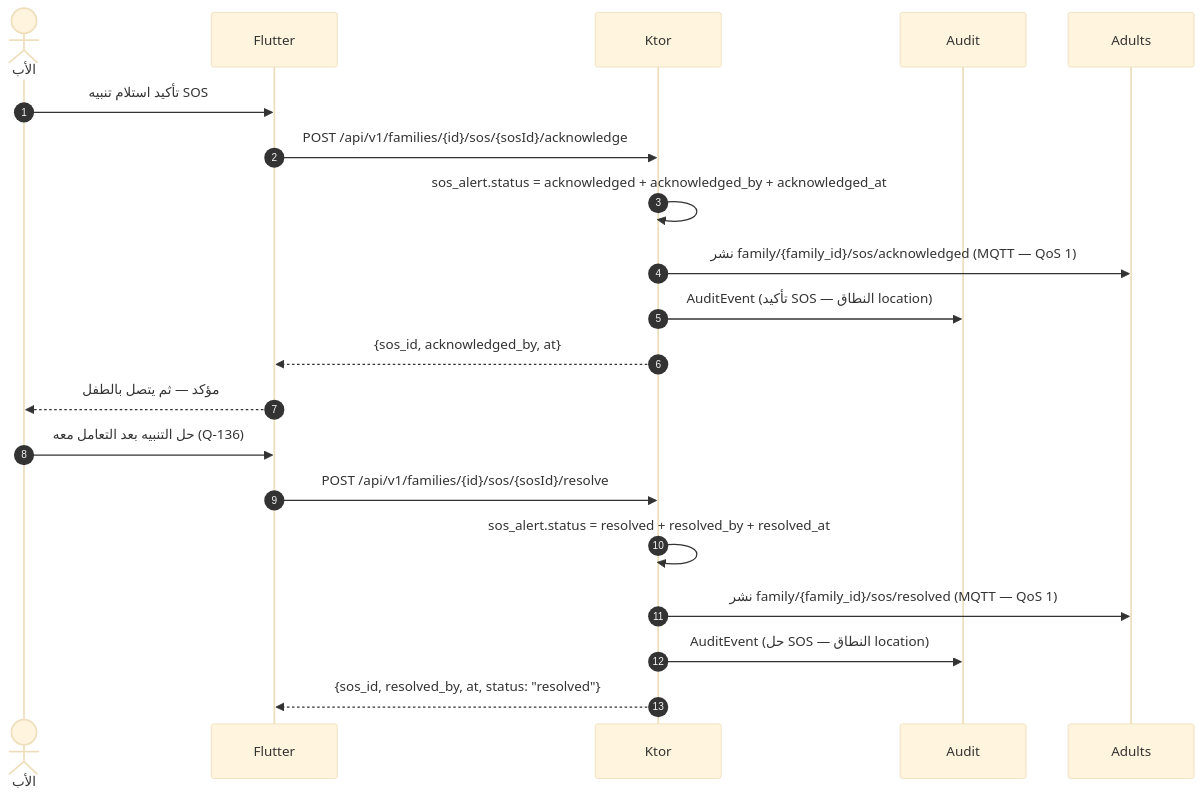
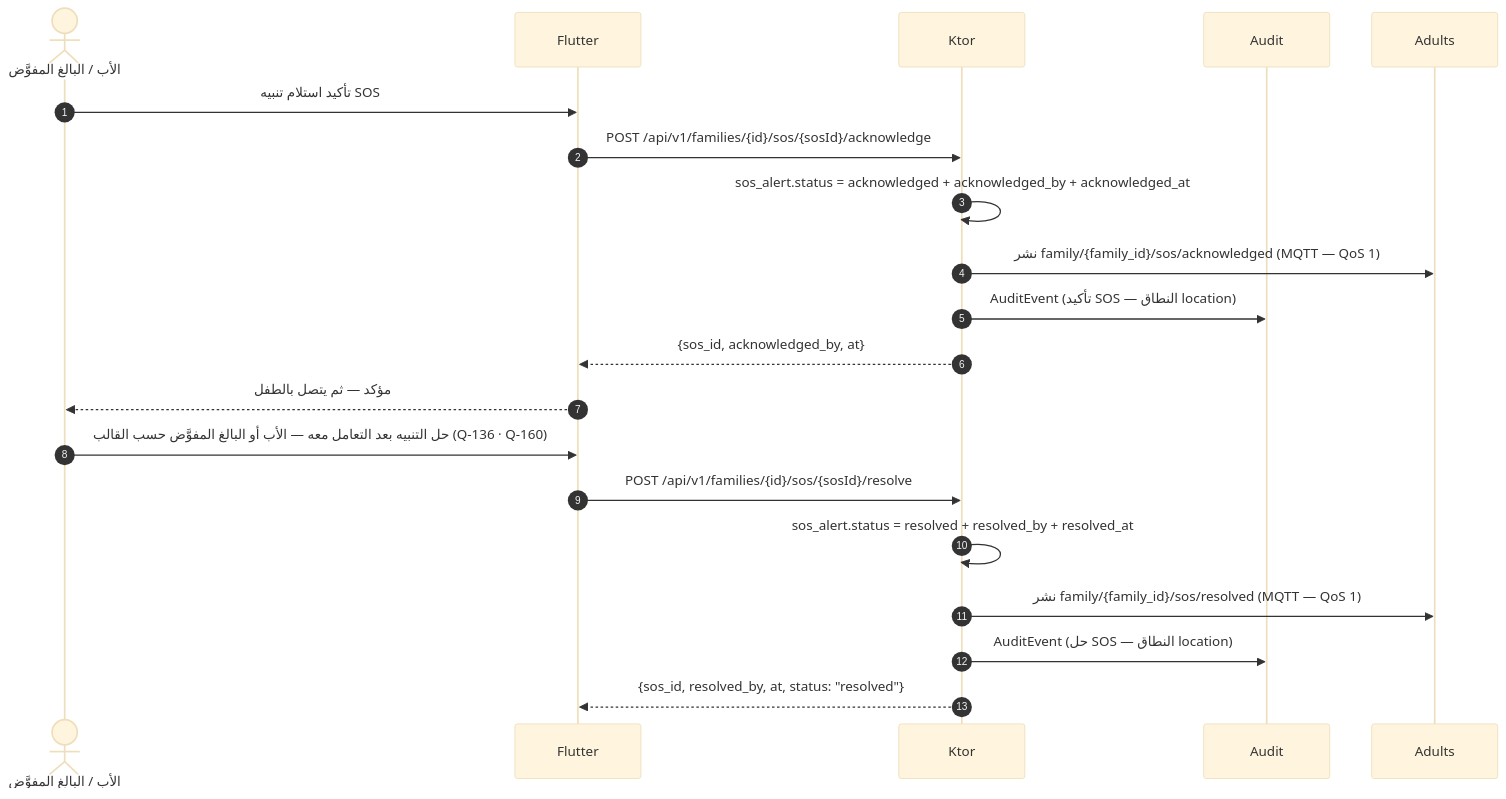
One commit to Bassam-mohammed-alqaeadi/family-os-v2 changed the seventh of 13 diagrams in docs/family-os/governance/phases/phase-1/S1-07-location-basic/DIAGRAMS.md. Above: the diagram before and after it, drawn with Mermaid (base theme). The commit also changed other lines of this file and 3 other files, not shown here.

````diff
--- a/docs/family-os/governance/phases/phase-1/S1-07-location-basic/DIAGRAMS.md
+++ b/docs/family-os/governance/phases/phase-1/S1-07-location-basic/DIAGRAMS.md
@@ -270,22 +287,22 @@
 ```mermaid
 sequenceDiagram
     autonumber
-    actor Father as الأب
+    actor Father as الأب / البالغ المفوَّض
     participant التطبيق as Flutter
     participant الخادم as Ktor
     participant التدقيق as Audit
     participant البالغون as Adults
     Father->>التطبيق: تأكيد استلام تنبيه SOS
     التطبيق->>الخادم: POST /api/v1/families/{id}/sos/{sosId}/acknowledge
     الخادم->>الخادم: sos_alert.status = acknowledged + acknowledged_by + acknowledged_at
     الخادم->>البالغون: نشر family/{family_id}/sos/acknowledged (MQTT — QoS 1)
     الخادم->>التدقيق: AuditEvent (تأكيد SOS — النطاق location)
     الخادم-->>التطبيق: {sos_id, acknowledged_by, at}
     التطبيق-->>Father: مؤكد — ثم يتصل بالطفل
-    Father->>التطبيق: حل التنبيه بعد التعامل معه (Q-136)
+    Father->>التطبيق: حل التنبيه بعد التعامل معه — الأب أو البالغ المفوَّض حسب القالب (Q-136 · Q-160)
     التطبيق->>الخادم: POST /api/v1/families/{id}/sos/{sosId}/resolve
     الخادم->>الخادم: sos_alert.status = resolved + resolved_by + resolved_at
     الخادم->>البالغون: نشر family/{family_id}/sos/resolved (MQTT — QoS 1)
     الخادم->>التدقيق: AuditEvent (حل SOS — النطاق location)
     الخادم-->>التطبيق: {sos_id, resolved_by, at, status: "resolved"}
 ```
````
